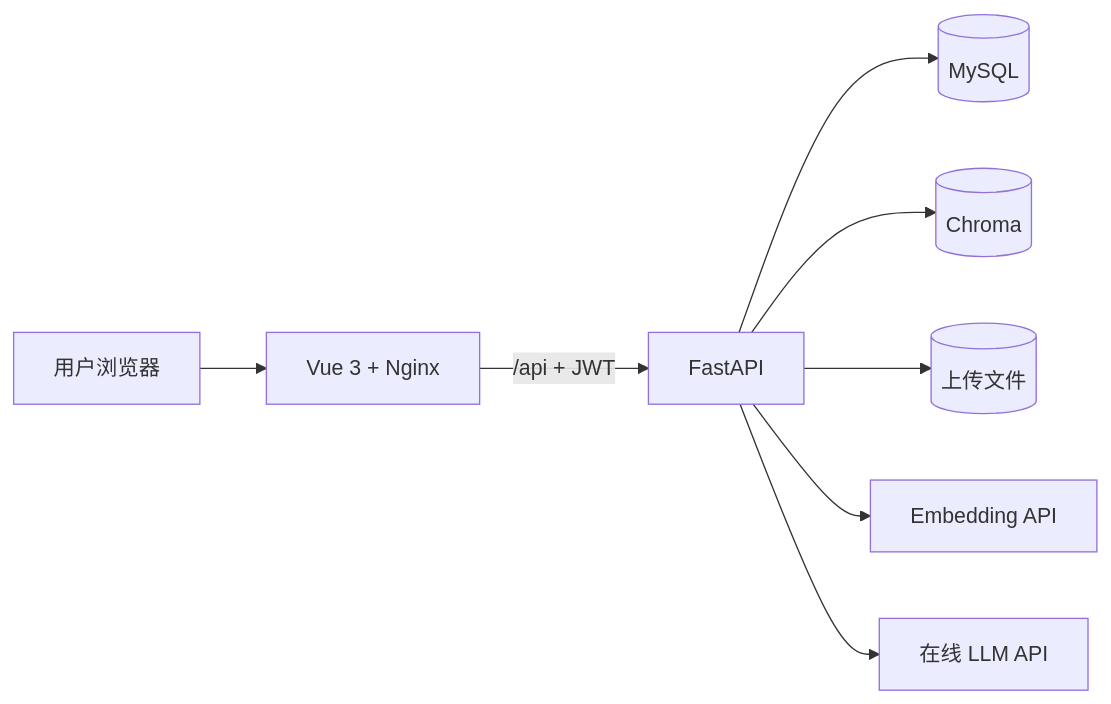
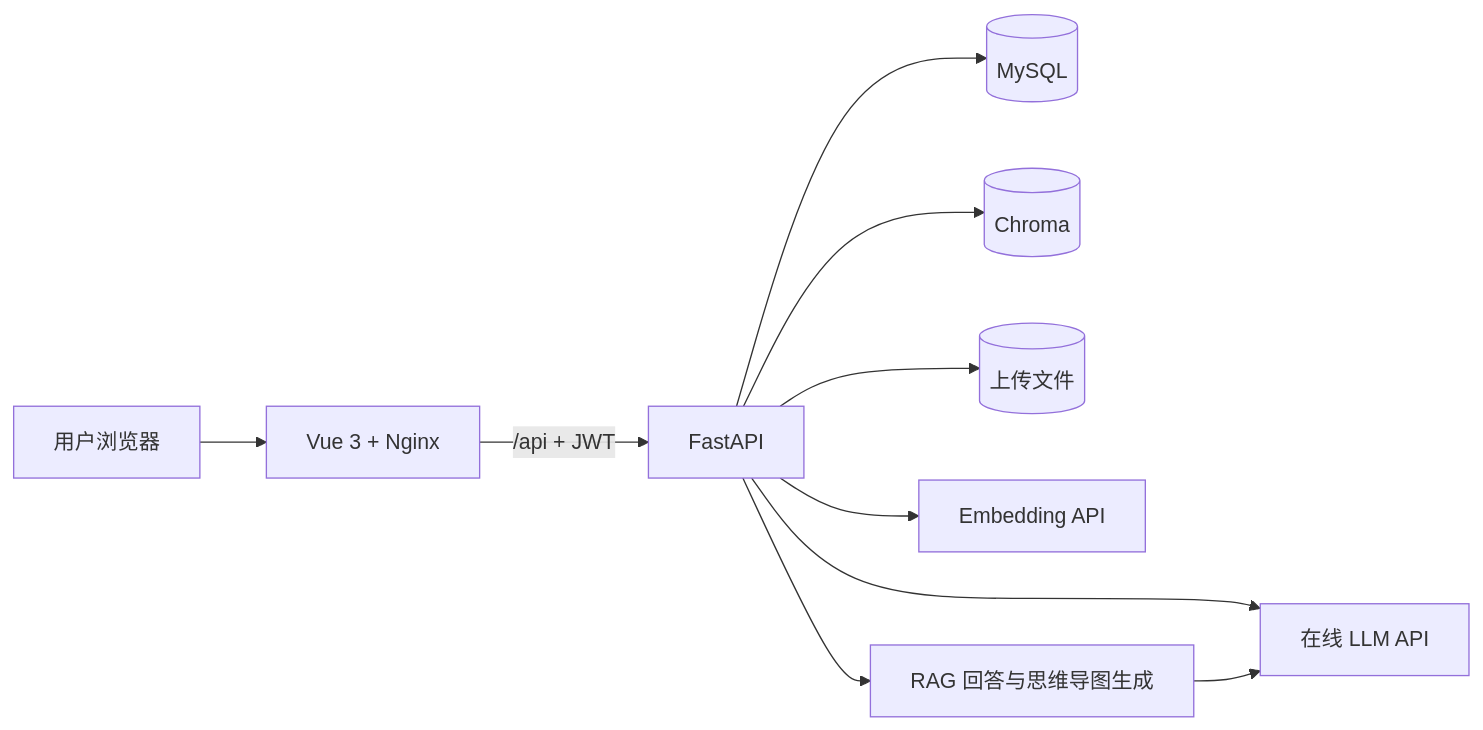
One commit to Star23666/CodeMind changed the diagram in README.md. Above: the diagram before and after it, drawn with Mermaid. The commit also changed other lines of this file, not shown here.

````diff
--- a/README.md
+++ b/README.md
@@ -42,10 +44,12 @@
 ```mermaid
 flowchart LR
     User["用户浏览器"] --> Frontend["Vue 3 + Nginx"]
     Frontend -->|"/api + JWT"| Backend["FastAPI"]
     Backend --> MySQL[("MySQL")]
     Backend --> Chroma[("Chroma")]
     Backend --> Uploads[("上传文件")]
     Backend --> Embedding["Embedding API"]
     Backend --> LLM["在线 LLM API"]
+    Backend --> MindMap["RAG 回答与思维导图生成"]
+    MindMap --> LLM
 ```
````
